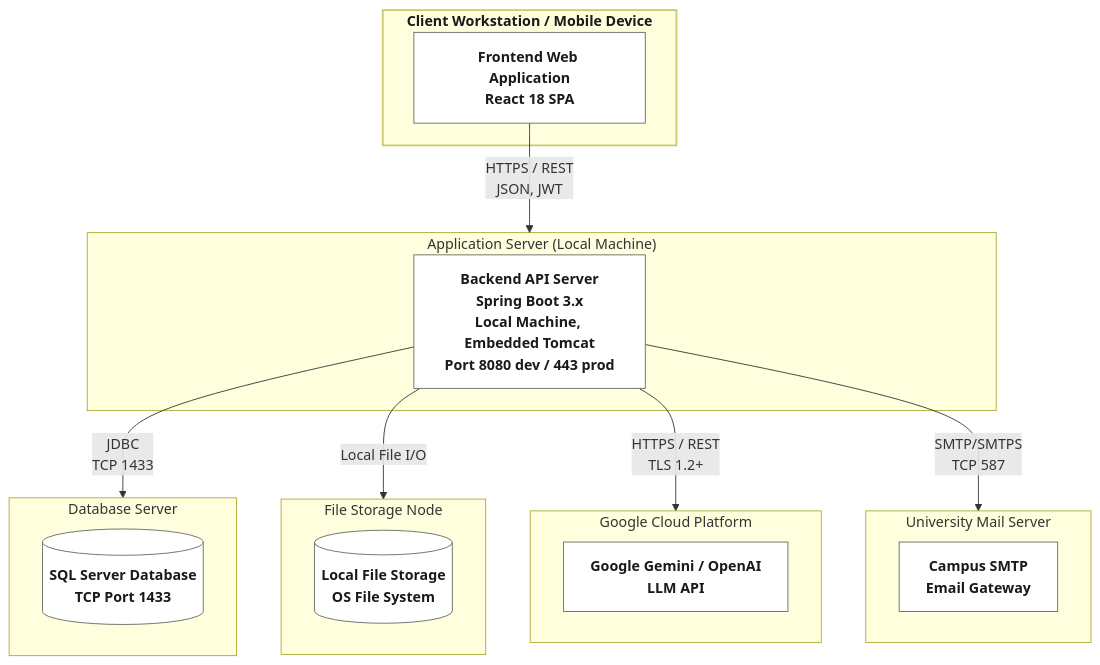
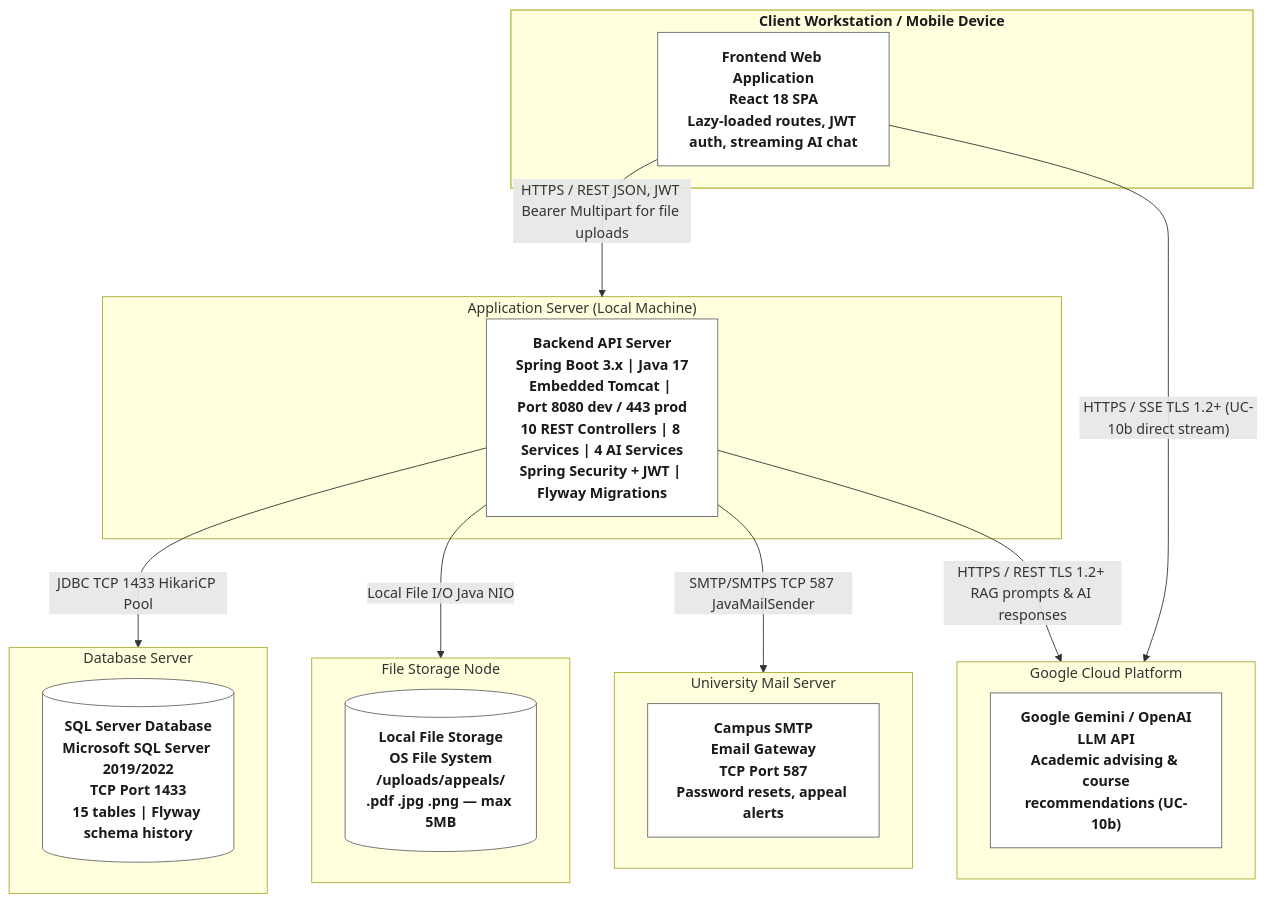
One commit to ltny24/Software-Engineering---Group-6 changed the diagram in docs/analysis-and-design/Section_D_Deployment_Diagram.md. Above: the diagram before and after it, drawn with Mermaid. The commit also changed other lines of this file and 2 other files, not shown here.

Commit message:
docs: finalize PA4 C4 architecture diagrams (Sections B, C, D) and verify UC spec compliance

````diff
--- a/docs/analysis-and-design/Section_D_Deployment_Diagram.md
+++ b/docs/analysis-and-design/Section_D_Deployment_Diagram.md
@@ -15,44 +25,45 @@
 ```mermaid
 flowchart TB
     classDef device fill:#ffffde,stroke:#c9c96b,stroke-width:2px,color:#1a1a1a,font-weight:bold
     classDef node fill:#438dd5,stroke:#2e6295,stroke-width:2px,color:#ffffff,font-weight:bold
     classDef dbnode fill:#2b78e4,stroke:#0b4884,stroke-width:2px,color:#ffffff,font-weight:bold
     classDef external fill:#999999,stroke:#666666,stroke-width:2px,color:#ffffff,font-style:italic
     classDef container fill:#ffffff,stroke:#666666,stroke-width:1px,color:#1a1a1a
 
     subgraph ClientNode["Client Workstation / Mobile Device"]
-        Browser["Frontend Web Application<br/>React 18 SPA"]:::container
+        Browser["Frontend Web Application<br/>React 18 SPA<br/>Lazy-loaded routes, JWT auth, streaming AI chat"]:::container
     end
     class ClientNode device
 
     subgraph AppServerNode["Application Server (Local Machine)"]
-        Backend["Backend API Server<br/>Spring Boot 3.x<br/>Local Machine, Embedded Tomcat<br/>Port 8080 dev / 443 prod"]:::container
+        Backend["Backend API Server<br/>Spring Boot 3.x | Java 17<br/>Embedded Tomcat | Port 8080 dev / 443 prod<br/>10 REST Controllers | 8 Services | 4 AI Services<br/>Spring Security + JWT | Flyway Migrations"]:::container
     end
     class AppServerNode node
 
     subgraph DBServerNode["Database Server"]
-        Database[("SQL Server Database<br/>TCP Port 1433")]:::container
+        Database[("SQL Server Database<br/>Microsoft SQL Server 2019/2022<br/>TCP Port 1433<br/>15 tables | Flyway schema history")]:::container
     end
     class DBServerNode dbnode
 
     subgraph FileServerNode["File Storage Node"]
-        FileStorage[("Local File Storage<br/>OS File System")]:::container
+        FileStorage[("Local File Storage<br/>OS File System<br/>/uploads/appeals/<br/>.pdf .jpg .png — max 5MB")]:::container
     end
     class FileServerNode dbnode
 
     subgraph GeminiCloud["Google Cloud Platform"]
-        GeminiAI["Google Gemini / OpenAI<br/>LLM API"]:::container
+        GeminiAI["Google Gemini / OpenAI<br/>LLM API<br/>Academic advising & course<br/>recommendations (UC-10b)"]:::container
     end
     class GeminiCloud external
 
     subgraph MailServerNode["University Mail Server"]
-        EmailGateway["Campus SMTP<br/>Email Gateway"]:::container
+        EmailGateway["Campus SMTP<br/>Email Gateway<br/>TCP Port 587<br/>Password resets, appeal alerts"]:::container
     end
     class MailServerNode external
 
-    Browser -->|"HTTPS / REST<br/>JSON, JWT"| AppServerNode
-    Backend -->|"JDBC<br/>TCP 1433"| DBServerNode
-    Backend -->|"Local File I/O"| FileServerNode
-    Backend -->|"HTTPS / REST<br/>TLS 1.2+"| GeminiCloud
-    Backend -->|"SMTP/SMTPS<br/>TCP 587"| MailServerNode
+    Browser -->|"HTTPS / REST JSON, JWT Bearer Multipart for file uploads"| AppServerNode
+    Browser -->|"HTTPS / SSE TLS 1.2+ (UC-10b direct stream)"| GeminiCloud
+    Backend -->|"JDBC TCP 1433 HikariCP Pool"| DBServerNode
+    Backend -->|"Local File I/O Java NIO"| FileServerNode
+    Backend -->|"HTTPS / REST TLS 1.2+ RAG prompts & AI responses"| GeminiCloud
+    Backend -->|"SMTP/SMTPS TCP 587 JavaMailSender"| MailServerNode
 ```
````
